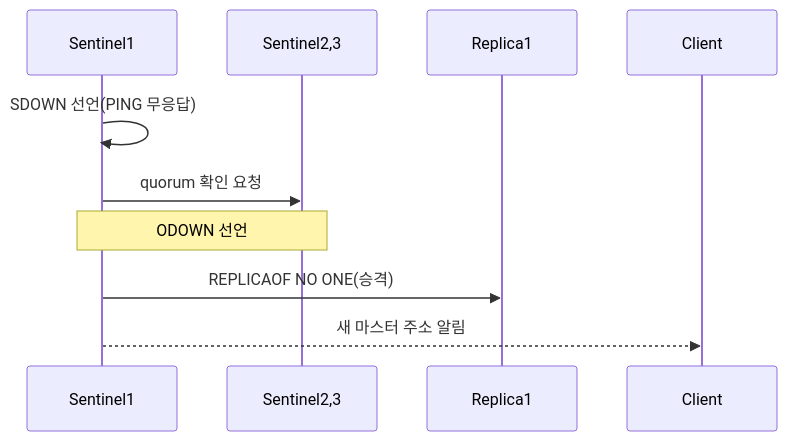
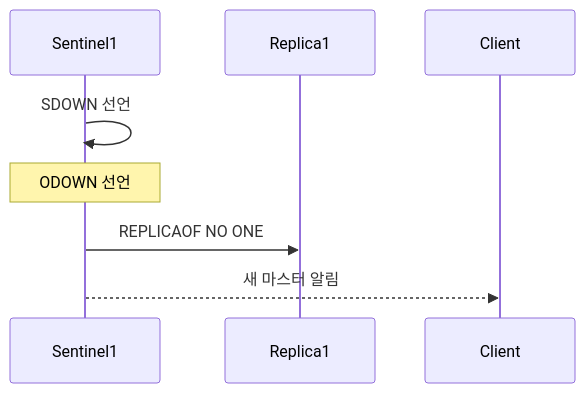
Before and after one commit to yjkim2015/yjkim2015.github.io: the third of 6 diagrams in _posts/redis/2026-05-01-redis-cluster-sentinel.md, drawn with Mermaid. The commit also changed 155 other files, not shown here.

First line of the commit message:
Mermaid 전면 수정: subgraph 제거, participant/노드/줄수 축소 (342블록)

````diff
--- a/_posts/redis/2026-05-01-redis-cluster-sentinel.md
+++ b/_posts/redis/2026-05-01-redis-cluster-sentinel.md
@@ -104,12 +104,10 @@
 ```mermaid
 sequenceDiagram
     participant S1 as Sentinel1
-    participant S23 as Sentinel2,3
     participant R1 as Replica1
     participant C as Client
-    S1->>S1: SDOWN 선언(PING 무응답)
-    S1->>S23: quorum 확인 요청
-    Note over S1,S23: ODOWN 선언
-    S1->>R1: REPLICAOF NO ONE(승격)
-    S1-->>C: 새 마스터 주소 알림
+    S1->>S1: SDOWN 선언
+    Note over S1: ODOWN 선언
+    S1->>R1: REPLICAOF NO ONE
+    S1-->>C: 새 마스터 알림
 ```
````
